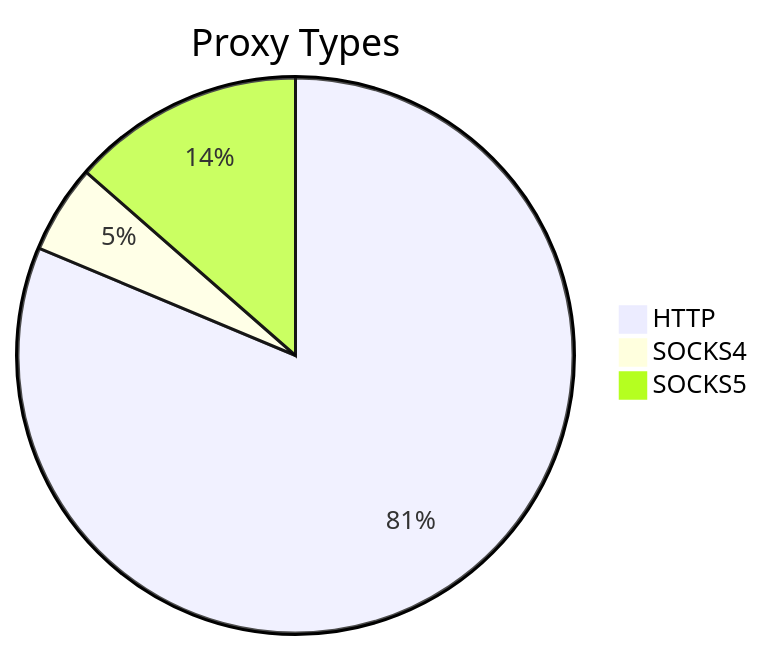
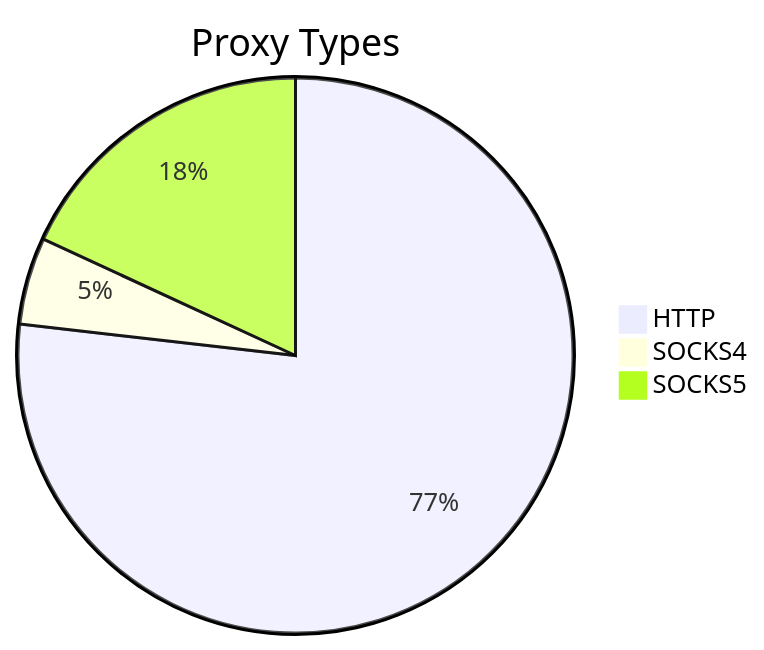
The first of 2 diagrams in README.md (stormsia/proxy-list), drawn with Mermaid before and after one commit. The commit also changed other lines of this file, not shown here.

````diff
--- a/README.md
+++ b/README.md
@@ -21,6 +21,6 @@
 ```mermaid
 pie title Proxy Types
-    "HTTP" : 300
-    "SOCKS4" : 19
+    "HTTP" : 212
+    "SOCKS4" : 14
     "SOCKS5" : 50
 ```
````
